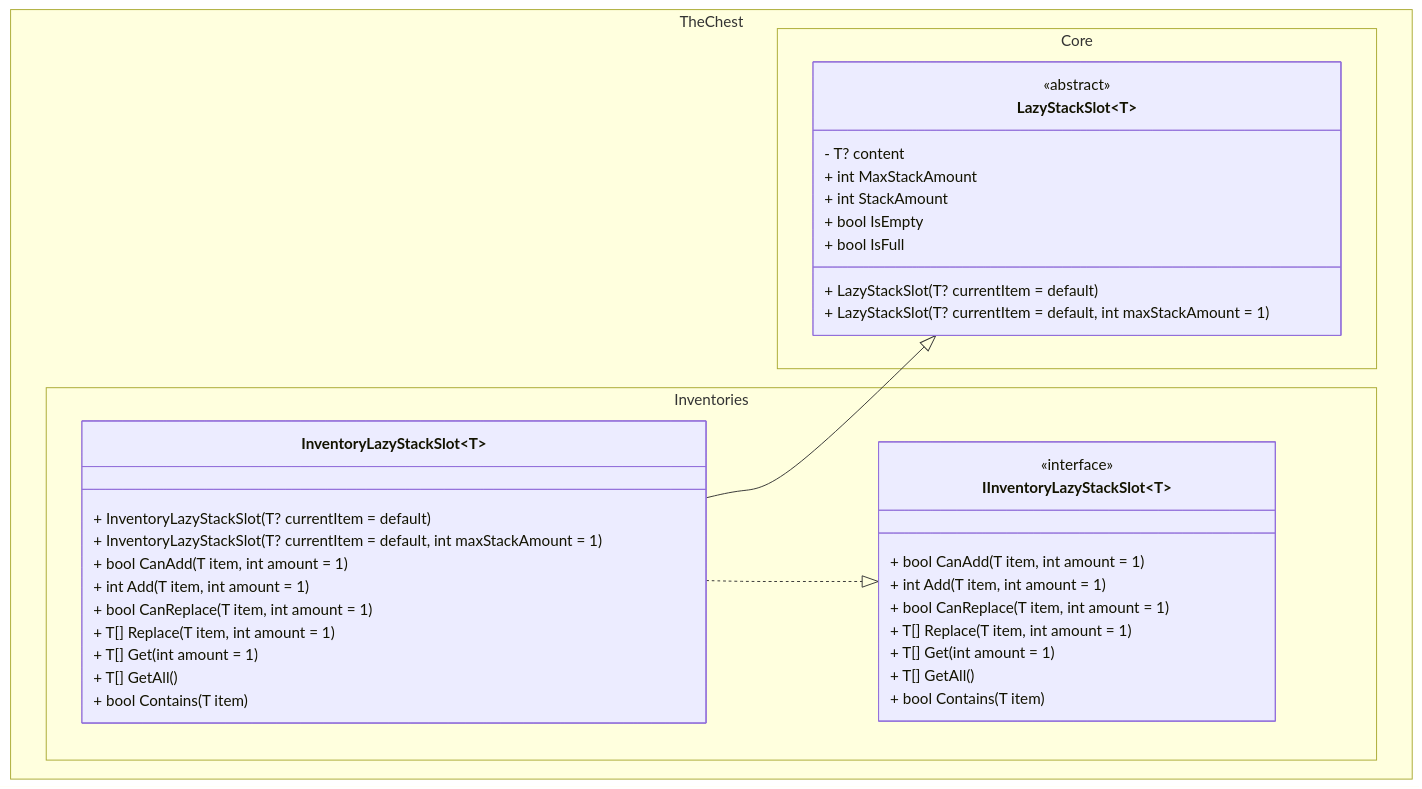
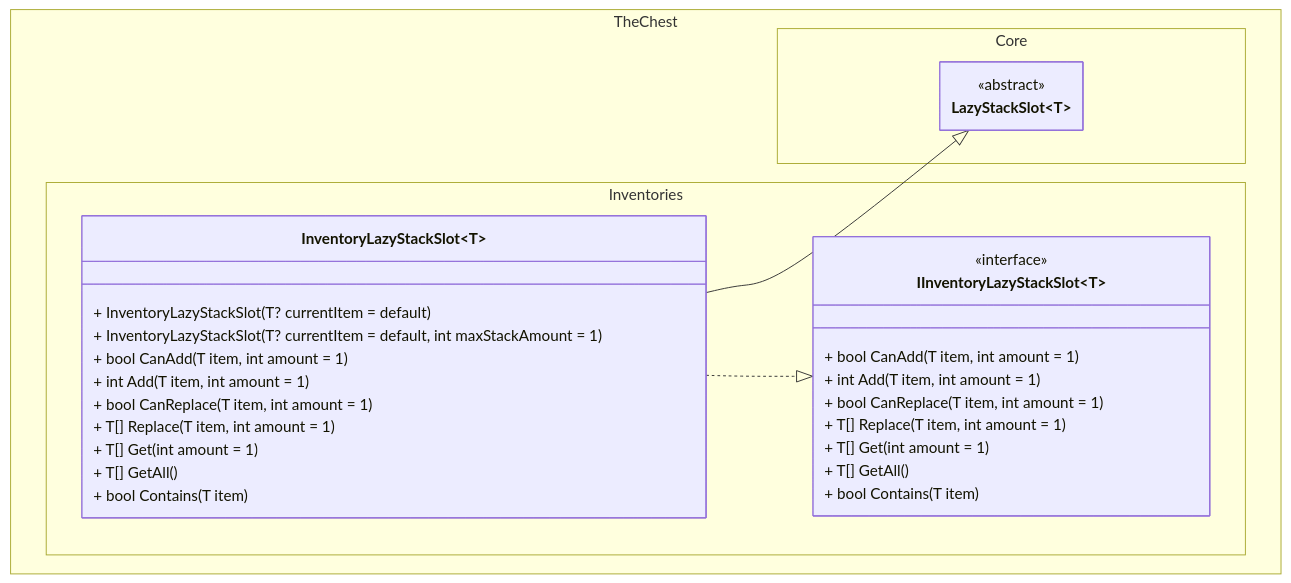
Before and after one commit to The-Chest/TheChest.Inventories: the second of 2 diagrams in docs/lazy_stack_inventory/class_diagram.md, drawn with Mermaid. The commit also changed other lines of this file and 20 other files, not shown here.

````diff
--- a/docs/lazy_stack_inventory/class_diagram.md
+++ b/docs/lazy_stack_inventory/class_diagram.md
@@ -82,50 +90,43 @@
 ```mermaid
 ---
 config:
   theme: mc
   look: classic
   class:
     hideEmptyMembersBox: true
 ---
 classDiagram
 direction TB
 
 namespace TheChest.Core {
     class LazyStackSlot~T~ {
-        - T? content
-        + int MaxStackAmount
-        + int StackAmount
-        + bool IsEmpty
-        + bool IsFull
-        + LazyStackSlot(T? currentItem = default)
-        + LazyStackSlot(T? currentItem = default, int maxStackAmount = 1)
     }
 }
 <<abstract>> LazyStackSlot
 
 namespace TheChest.Inventories {
     class IInventoryLazyStackSlot~T~ {
         + bool CanAdd(T item, int amount = 1)
         + int Add(T item, int amount = 1)
         + bool CanReplace(T item, int amount = 1)
         + T[] Replace(T item, int amount = 1)
         + T[] Get(int amount = 1)
         + T[] GetAll()
         + bool Contains(T item)
     }
     class InventoryLazyStackSlot~T~ {
         + InventoryLazyStackSlot(T? currentItem = default)
         + InventoryLazyStackSlot(T? currentItem = default, int maxStackAmount = 1)
         + bool CanAdd(T item, int amount = 1)
         + int Add(T item, int amount = 1)
         + bool CanReplace(T item, int amount = 1)
         + T[] Replace(T item, int amount = 1)
         + T[] Get(int amount = 1)
         + T[] GetAll()
         + bool Contains(T item)
     }
 }
 <<interface>> IInventoryLazyStackSlot
 InventoryLazyStackSlot~T~ --|> LazyStackSlot~T~
 InventoryLazyStackSlot~T~ ..|> IInventoryLazyStackSlot~T~
 ```
````
